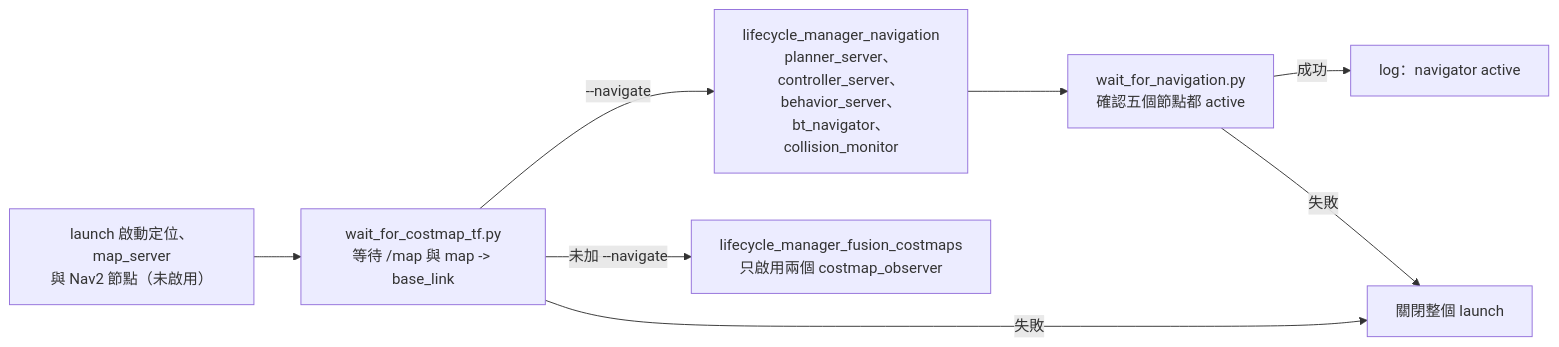
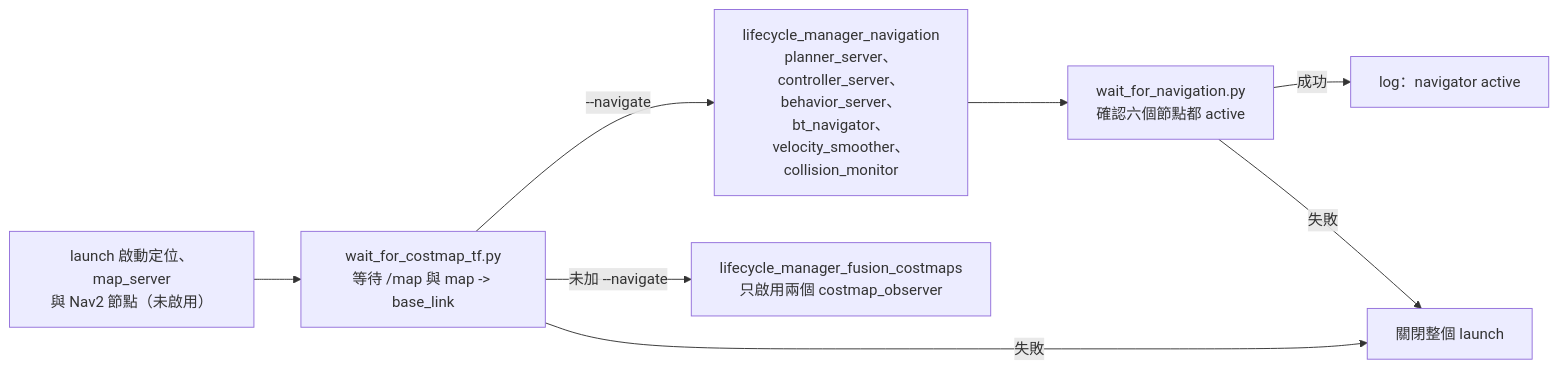
One commit to piggaycheng/isaacsim_fast-lio2-slam changed the fifth of 5 diagrams in docs/nav.md. Above: the diagram before and after it, drawn with Mermaid. The commit also changed other lines of this file and 10 other files, not shown here.

````diff
--- a/docs/nav.md
+++ b/docs/nav.md
@@ -275,10 +304,10 @@
 ```mermaid
 flowchart LR
     Start["launch 啟動定位、map_server<br/>與 Nav2 節點（未啟用）"] --> Ready["wait_for_costmap_tf.py<br/>等待 /map 與 map -> base_link"]
-    Ready -->|"--navigate"| NavMgr["lifecycle_manager_navigation<br/>planner_server、controller_server、<br/>behavior_server、bt_navigator、<br/>collision_monitor"]
+    Ready -->|"--navigate"| NavMgr["lifecycle_manager_navigation<br/>planner_server、controller_server、<br/>behavior_server、bt_navigator、<br/>velocity_smoother、collision_monitor"]
     Ready -->|"未加 --navigate"| CostMgr["lifecycle_manager_fusion_costmaps<br/>只啟用兩個 costmap_observer"]
-    NavMgr --> NavReady["wait_for_navigation.py<br/>確認五個節點都 active"]
+    NavMgr --> NavReady["wait_for_navigation.py<br/>確認六個節點都 active"]
     NavReady -->|"成功"| Log["log：navigator active"]
     Ready -->|"失敗"| Stop["關閉整個 launch"]
     NavReady -->|"失敗"| Stop
 ```
````
